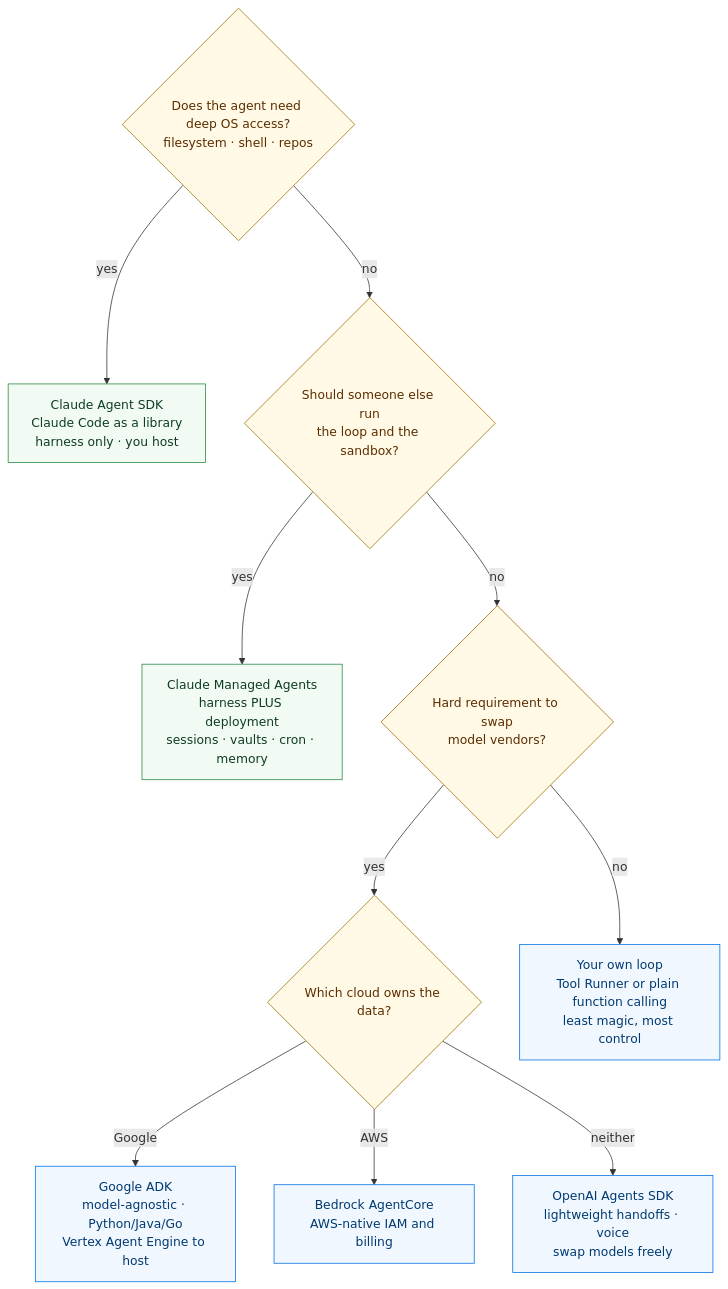
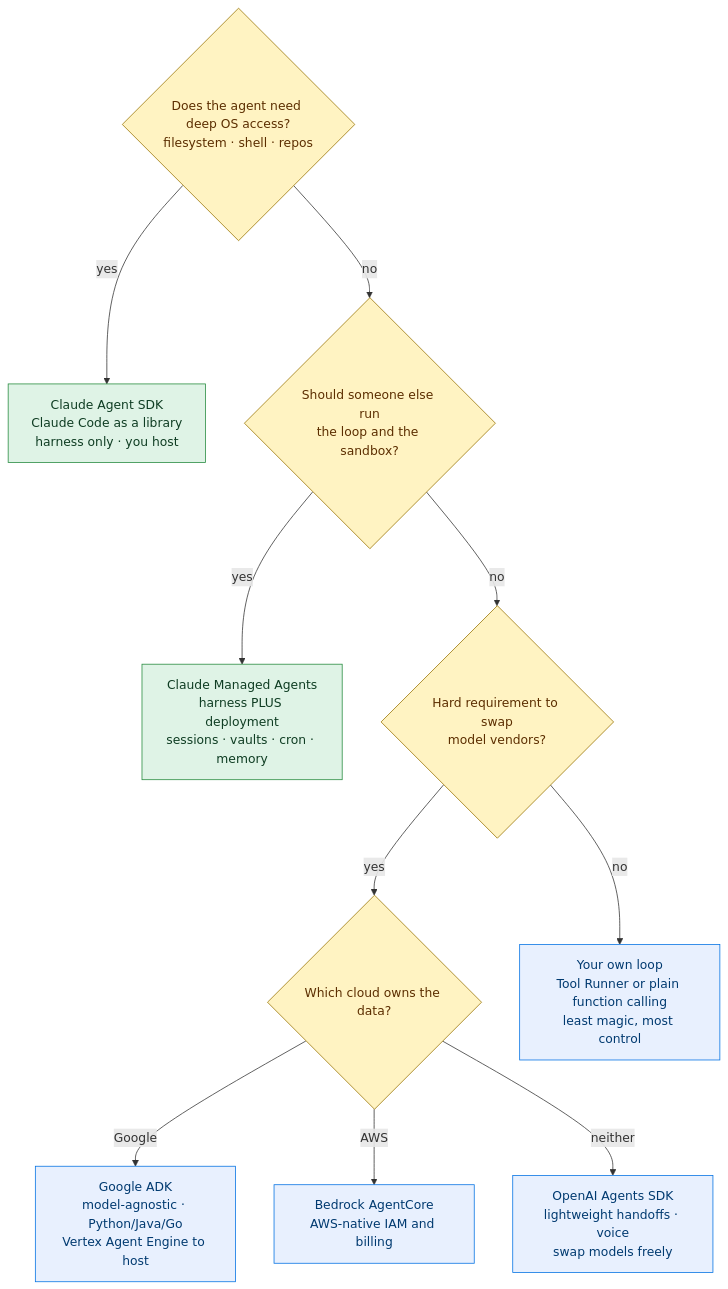
One commit to mlvpatel/open-weight-agent-stack changed diagram 18 of 18 in MANUAL.md. Above: the diagram before and after it, drawn with Mermaid. The commit also changed other lines of this file and 36 other files, not shown here.

First line of the commit message:
feat: render diagrams on Pages, richer palette

````diff
--- a/MANUAL.md
+++ b/MANUAL.md
@@ -1599,23 +1599,23 @@
 ```mermaid
 flowchart TB
     Q1{"Does the agent need deep OS access?<br/>filesystem · shell · repos"}
     Q1 -->|yes| CASDK["Claude Agent SDK<br/>Claude Code as a library<br/>harness only · you host"]
     Q1 -->|no| Q2{"Should someone else run<br/>the loop and the sandbox?"}
 
     Q2 -->|yes| CMA["Claude Managed Agents<br/>harness PLUS deployment<br/>sessions · vaults · cron · memory"]
     Q2 -->|no| Q3{"Hard requirement to swap<br/>model vendors?"}
 
     Q3 -->|yes| Q4{"Which cloud owns the data?"}
     Q3 -->|no| OWN["Your own loop<br/>Tool Runner or plain function calling<br/>least magic, most control"]
 
     Q4 -->|Google| ADK["Google ADK<br/>model-agnostic · Python/Java/Go<br/>Vertex Agent Engine to host"]
     Q4 -->|AWS| BR["Bedrock AgentCore<br/>AWS-native IAM and billing"]
     Q4 -->|neither| OAI["OpenAI Agents SDK<br/>lightweight handoffs · voice<br/>swap models freely"]
 
-    classDef q fill:#fff9e6,stroke:#997404,color:#5c2e00
-    classDef pick fill:#f2faf4,stroke:#248a3d,color:#0f3d23
-    classDef alt fill:#f0f7ff,stroke:#0071e3,color:#003a70
+    classDef q fill:#fff3c2,stroke:#997404,color:#5c2e00
+    classDef pick fill:#dff3e6,stroke:#248a3d,color:#0f3d23
+    classDef alt fill:#e8f0fe,stroke:#0071e3,color:#003a70
     class Q1,Q2,Q3,Q4 q
     class CASDK,CMA pick
     class ADK,BR,OAI,OWN alt
 ```
````
